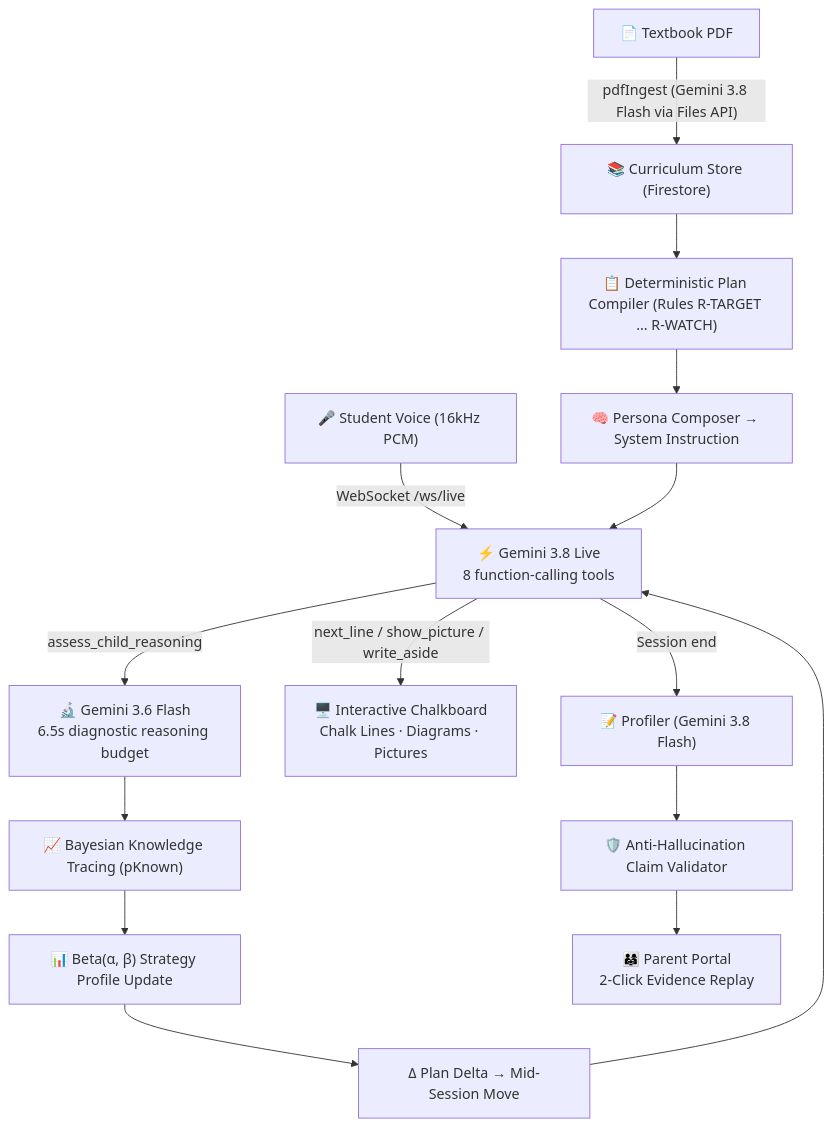
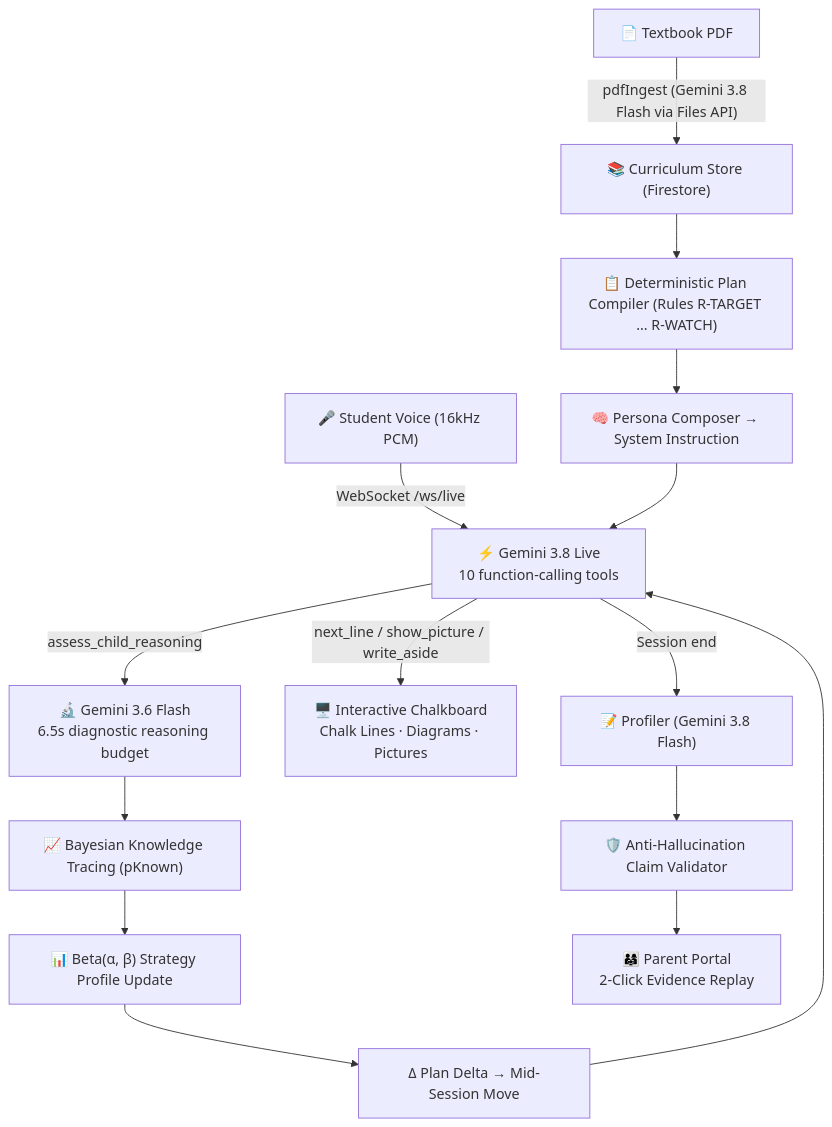
Before and after one commit to sur2rock1/AI_Builder_cup_2026: the diagram in README.md, drawn with Mermaid. The commit also changed other lines of this file and 69 other files, not shown here.

````diff
--- a/README.md
+++ b/README.md
@@ -48,21 +51,21 @@
 ```mermaid
 flowchart TD
     PDF["📄 Textbook PDF"] -->|"pdfIngest (Gemini 3.8 Flash via Files API)"| CUR["📚 Curriculum Store (Firestore)"]
     CUR --> PLAN["📋 Deterministic Plan Compiler (Rules R-TARGET ... R-WATCH)"]
     PLAN --> SYS["🧠 Persona Composer → System Instruction"]
 
-    STU["🎤 Student Voice (16kHz PCM)"] -->|"WebSocket /ws/live"| LIVE["⚡ Gemini 3.8 Live<br/>8 function-calling tools"]
+    STU["🎤 Student Voice (16kHz PCM)"] -->|"WebSocket /ws/live"| LIVE["⚡ Gemini 3.8 Live<br/>10 function-calling tools"]
     SYS --> LIVE
 
     LIVE -->|"assess_child_reasoning"| DIAG["🔬 Gemini 3.6 Flash<br/>6.5s diagnostic reasoning budget"]
     LIVE -->|"next_line / show_picture / write_aside"| BOARD["🖥️ Interactive Chalkboard<br/>Chalk Lines · Diagrams · Pictures"]
 
     DIAG --> BKT["📈 Bayesian Knowledge Tracing (pKnown)"]
     BKT --> STRAT["📊 Beta(α, β) Strategy Profile Update"]
     STRAT --> DELTA["Δ Plan Delta → Mid-Session Move"]
     DELTA --> LIVE
 
     LIVE -->|"Session end"| PROF["📝 Profiler (Gemini 3.8 Flash)"]
     PROF --> VAL["🛡️ Anti-Hallucination Claim Validator"]
     VAL --> PARENT["👨‍👩‍👧 Parent Portal<br/>2-Click Evidence Replay"]
 ```
````
